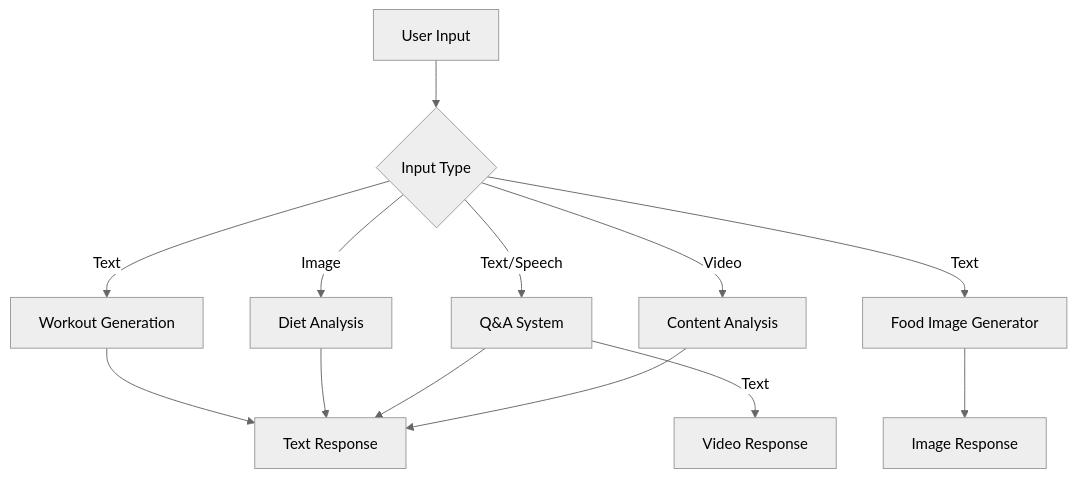
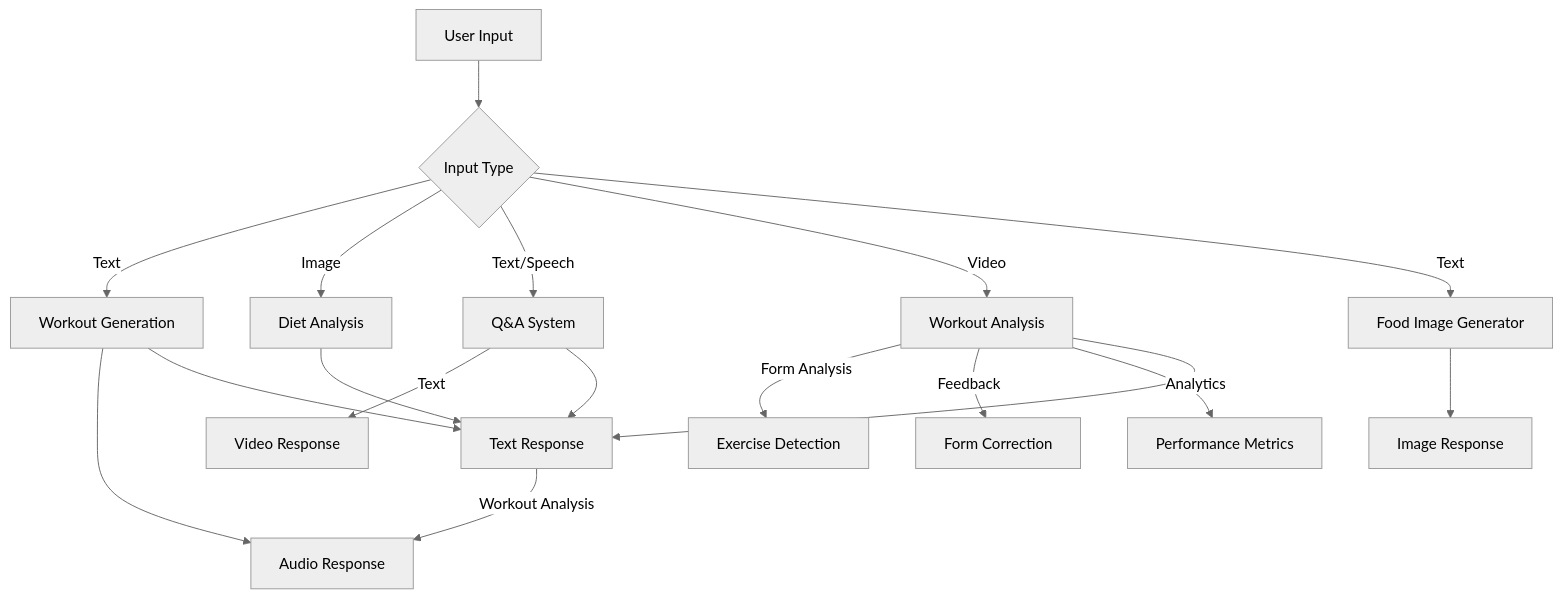
The diagram in README.md (abojotemi/fitnessai), drawn with Mermaid (neutral theme) before and after one commit. The commit also changed other lines of this file and 16 other files, not shown here.

````diff
--- a/README.md
+++ b/README.md
@@ -10,15 +15,20 @@
 ```mermaid
 graph TD
     A[User Input] --> B{Input Type}
     B -->|Text| C[Workout Generation]
     B -->|Image| D[Diet Analysis]
     B -->|Text/Speech| E[Q&A System]
     E -->|Text| J[Video Response]
-    B -->|Video| F[Content Analysis]
+    B -->|Video| F[Workout Analysis]
+    F -->|Form Analysis| L[Exercise Detection]
+    F -->|Feedback| M[Form Correction]
+    F -->|Analytics| N[Performance Metrics]
     B -->|Text| H[Food Image Generator]
+    C --> K[Audio Response]
     C --> G[Text Response]
+    G --> |Workout Analysis| K
     D --> G
     E --> G
     F --> G
     H --> I[Image Response]
 ```
````
